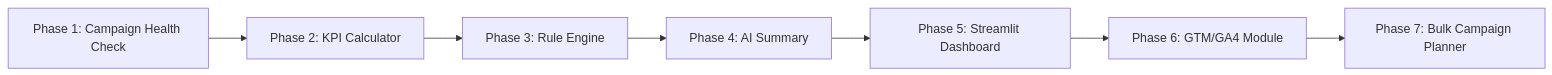
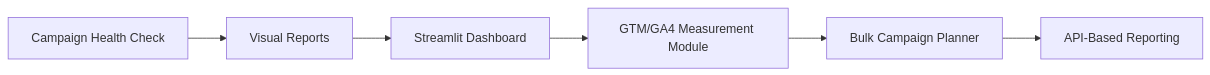
One commit to vaishnavkadhao/ai-performance-marketing-automation-lab changed the third of 3 diagrams in README.md. Above: the diagram before and after it, drawn with Mermaid. The commit also changed other lines of this file, not shown here.

````diff
--- a/README.md
+++ b/README.md
@@ -182,9 +157,8 @@
 ```mermaid
 flowchart LR
-    A[Phase 1: Campaign Health Check] --> B[Phase 2: KPI Calculator]
-    B --> C[Phase 3: Rule Engine]
-    C --> D[Phase 4: AI Summary]
-    D --> E[Phase 5: Streamlit Dashboard]
-    E --> F[Phase 6: GTM/GA4 Module]
-    F --> G[Phase 7: Bulk Campaign Planner]
+    A[Campaign Health Check] --> B[Visual Reports]
+    B --> C[Streamlit Dashboard]
+    C --> D[GTM/GA4 Measurement Module]
+    D --> E[Bulk Campaign Planner]
+    E --> F[API-Based Reporting]
 ```
````
